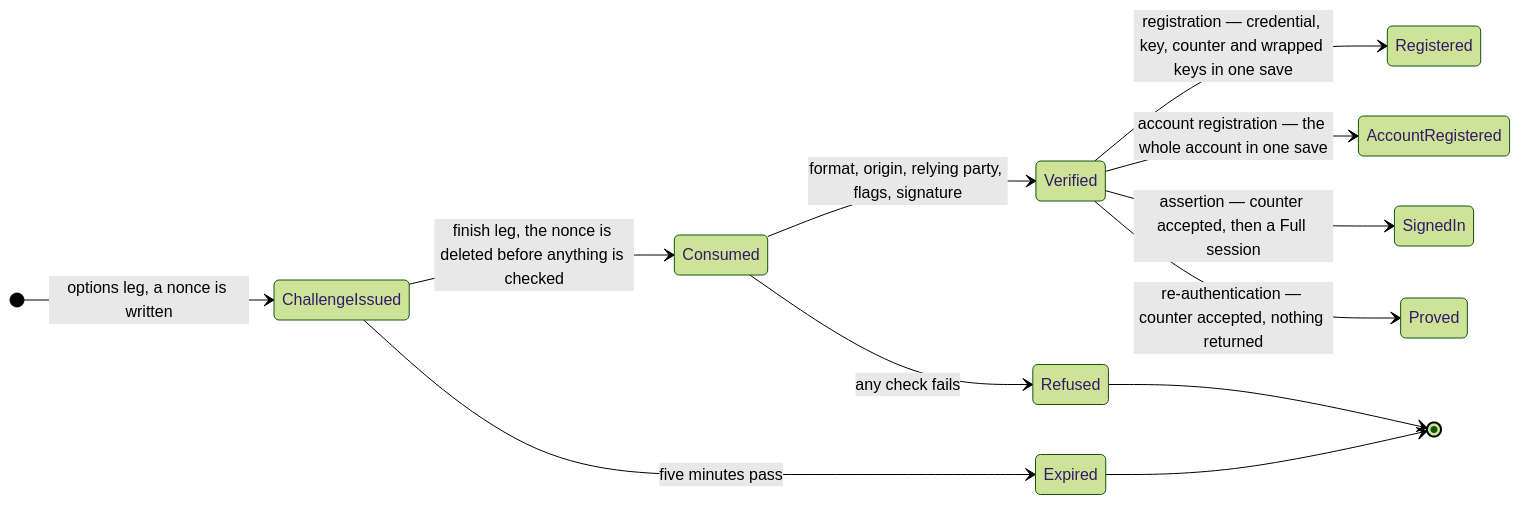
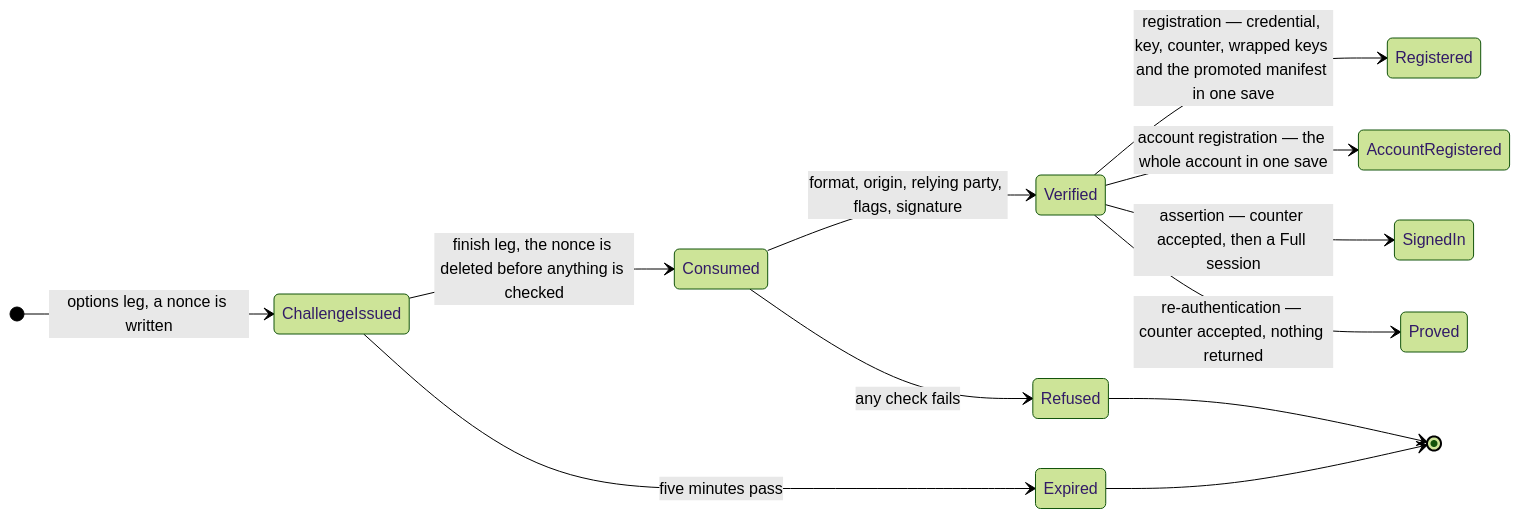
One commit to anton-kochev/budgetoid changed the second of 2 diagrams in docs/business-logic/passkeys.md. Above: the diagram before and after it, drawn with Mermaid (forest theme). The commit also changed other lines of this file and 52 other files, not shown here.

````diff
--- a/docs/business-logic/passkeys.md
+++ b/docs/business-logic/passkeys.md
@@ -564,15 +587,15 @@
 ```mermaid
 stateDiagram-v2
     direction LR
     [*] --> ChallengeIssued : options leg, a nonce is written
     ChallengeIssued --> Consumed : finish leg, the nonce is deleted before anything is checked
     Consumed --> Verified : format, origin, relying party, flags, signature
-    Verified --> Registered : registration — credential, key, counter and wrapped keys in one save
+    Verified --> Registered : registration — credential, key, counter, wrapped keys and the promoted manifest in one save
     Verified --> AccountRegistered : account registration — the whole account in one save
     Verified --> SignedIn : assertion — counter accepted, then a Full session
     Verified --> Proved : re-authentication — counter accepted, nothing returned
     Consumed --> Refused : any check fails
     ChallengeIssued --> Expired : five minutes pass
     Refused --> [*]
     Expired --> [*]
 ```
````
